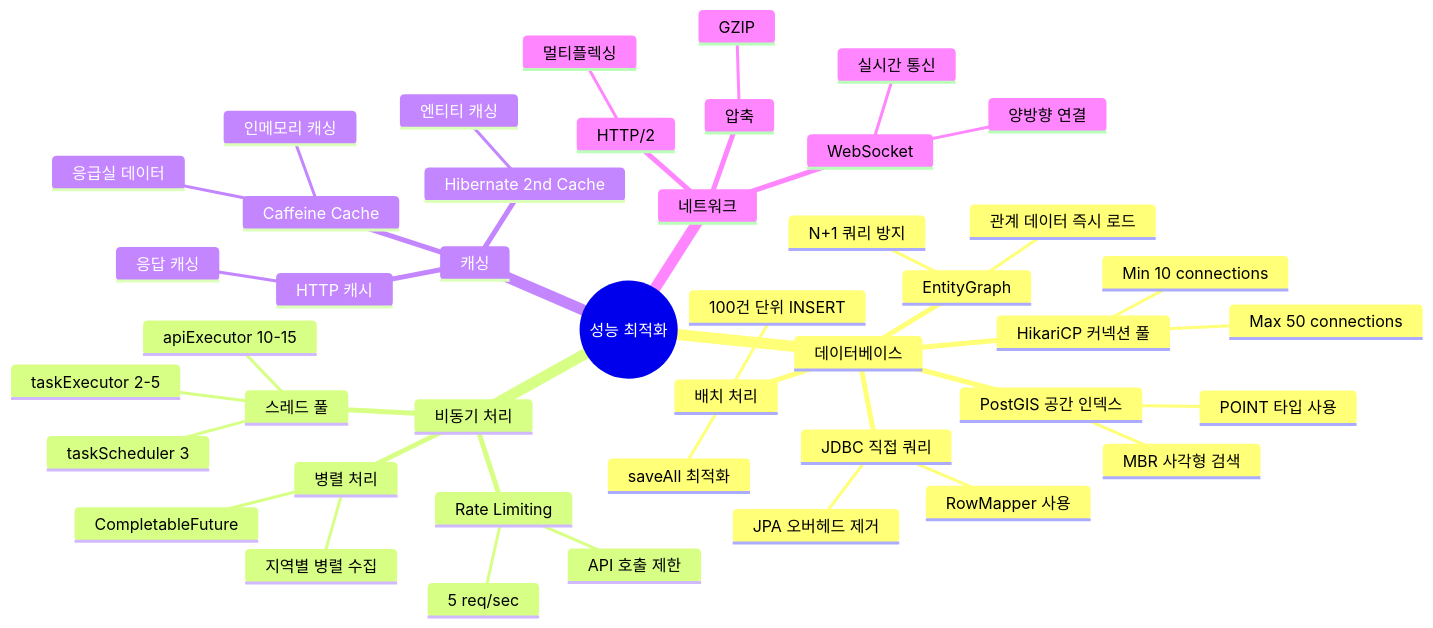
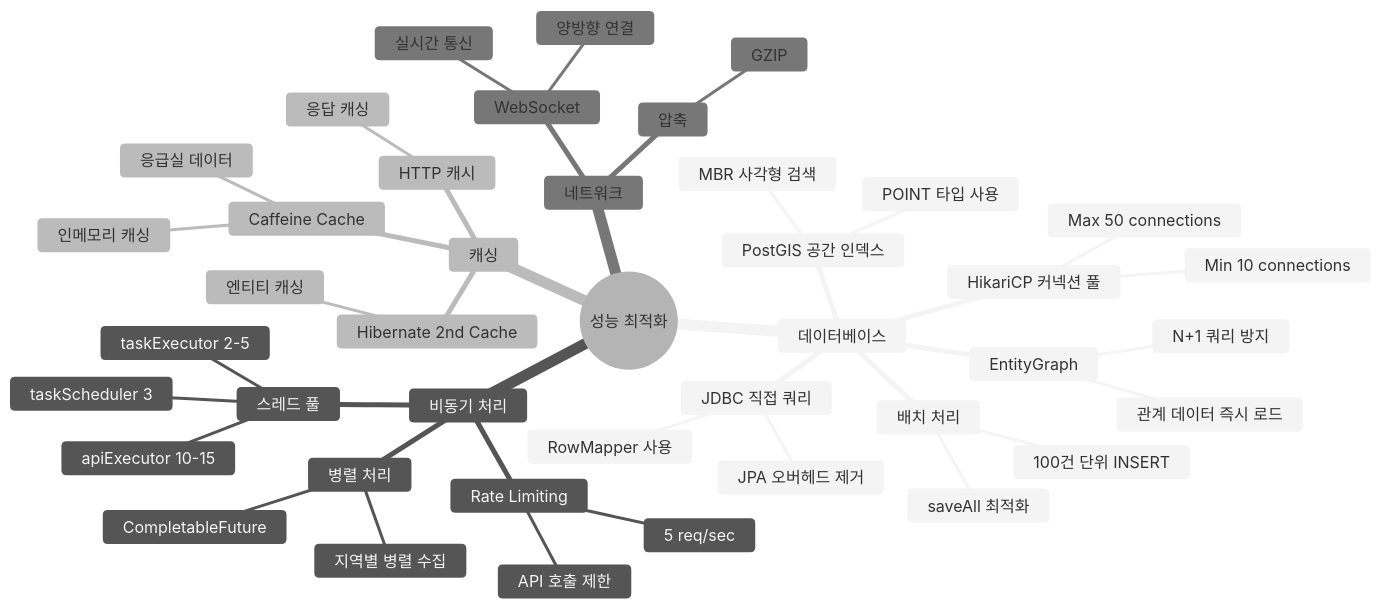
The ninth of 12 diagrams in SW_ARCHITECTURE_FLOWCHART.md (medical-info-hub/hospitalInfoProject-backend), drawn with Mermaid before and after one commit. The commit also changed other lines of this file, not shown here.

````diff
--- a/SW_ARCHITECTURE_FLOWCHART.md
+++ b/SW_ARCHITECTURE_FLOWCHART.md
@@ -552,47 +666,46 @@
 ```mermaid
+%%{init: {'theme':'neutral'}}%%
 mindmap
   root((성능 최적화))
     데이터베이스
       HikariCP 커넥션 풀
         Max 50 connections
         Min 10 connections
       JDBC 직접 쿼리
         JPA 오버헤드 제거
         RowMapper 사용
       배치 처리
         100건 단위 INSERT
         saveAll 최적화
       EntityGraph
         N+1 쿼리 방지
         관계 데이터 즉시 로드
       PostGIS 공간 인덱스
         POINT 타입 사용
         MBR 사각형 검색
     비동기 처리
       스레드 풀
         apiExecutor 10-15
         taskExecutor 2-5
         taskScheduler 3
       병렬 처리
         지역별 병렬 수집
         CompletableFuture
       Rate Limiting
         5 req/sec
         API 호출 제한
     캐싱
       Caffeine Cache
         응급실 데이터
         인메모리 캐싱
       Hibernate 2nd Cache
         엔티티 캐싱
       HTTP 캐시
         응답 캐싱
     네트워크
       WebSocket
         실시간 통신
         양방향 연결
-      HTTP/2
-        멀티플렉싱
       압축
         GZIP
 ```
````
